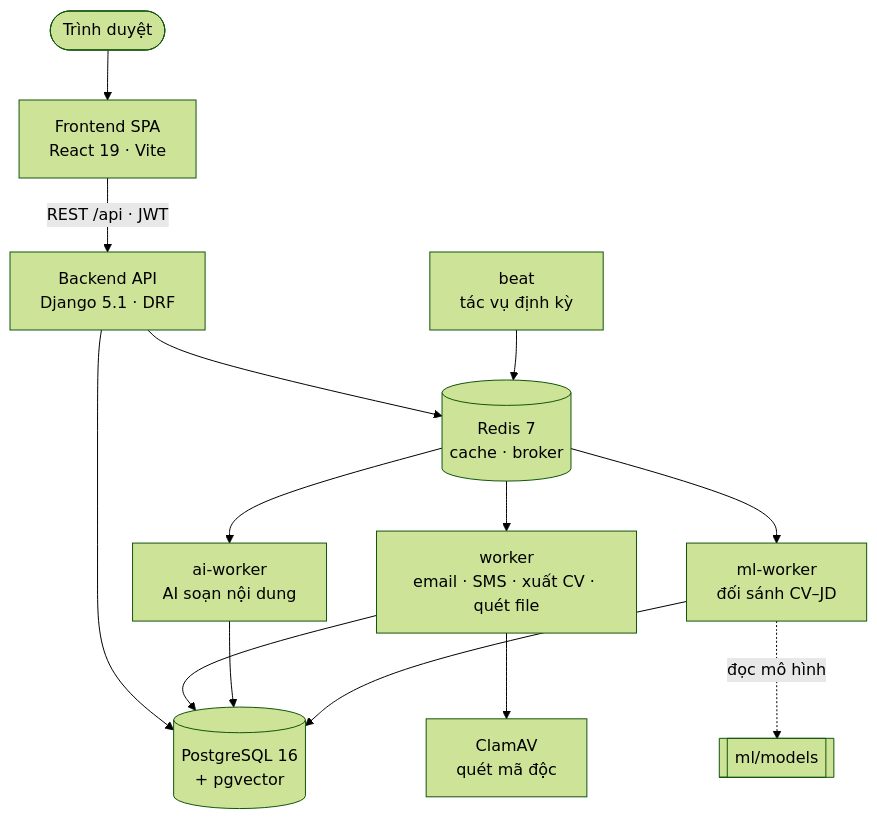
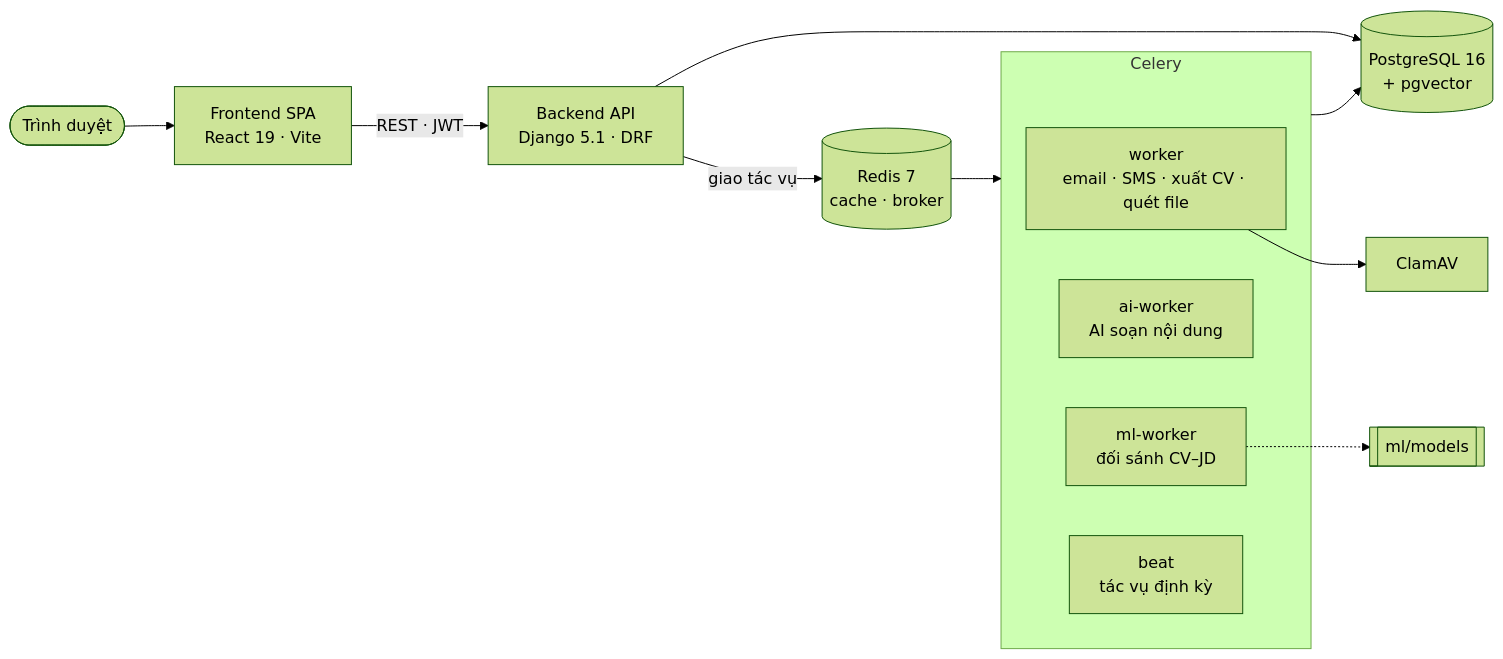
One commit to VanhauDAU/ai-recruitment-platform changed the second of 2 diagrams in README.md. Above: the diagram before and after it, drawn with Mermaid (forest theme).

Commit message:
docs(readme): lay the architecture diagram out left to right so GitHub shows it whole

````diff
--- a/README.md
+++ b/README.md
@@ -131,16 +131,17 @@
 ```mermaid
-flowchart TB
+flowchart LR
     U([Trình duyệt]) --> FE[Frontend SPA<br/>React 19 · Vite]
-    FE -->|REST /api · JWT| BE[Backend API<br/>Django 5.1 · DRF]
+    FE -->|REST · JWT| BE[Backend API<br/>Django 5.1 · DRF]
     BE --> DB[(PostgreSQL 16<br/>+ pgvector)]
-    BE --> R[(Redis 7<br/>cache · broker)]
-    R --> W[worker<br/>email · SMS · xuất CV · quét file]
-    R --> AW[ai-worker<br/>AI soạn nội dung]
-    R --> MW[ml-worker<br/>đối sánh CV–JD]
-    B[beat<br/>tác vụ định kỳ] --> R
-    W --> AV[ClamAV<br/>quét mã độc]
-    MW -. đọc mô hình .-> M[[ml/models]]
-    W --> DB
-    AW --> DB
-    MW --> DB
+    BE -->|giao tác vụ| R[(Redis 7<br/>cache · broker)]
+    subgraph CEL [Celery]
+        W[worker<br/>email · SMS · xuất CV · quét file]
+        AW[ai-worker<br/>AI soạn nội dung]
+        MW[ml-worker<br/>đối sánh CV–JD]
+        B[beat<br/>tác vụ định kỳ]
+    end
+    R --> CEL
+    CEL --> DB
+    W --> AV[ClamAV]
+    MW -.-> M[[ml/models]]
 ```
````
